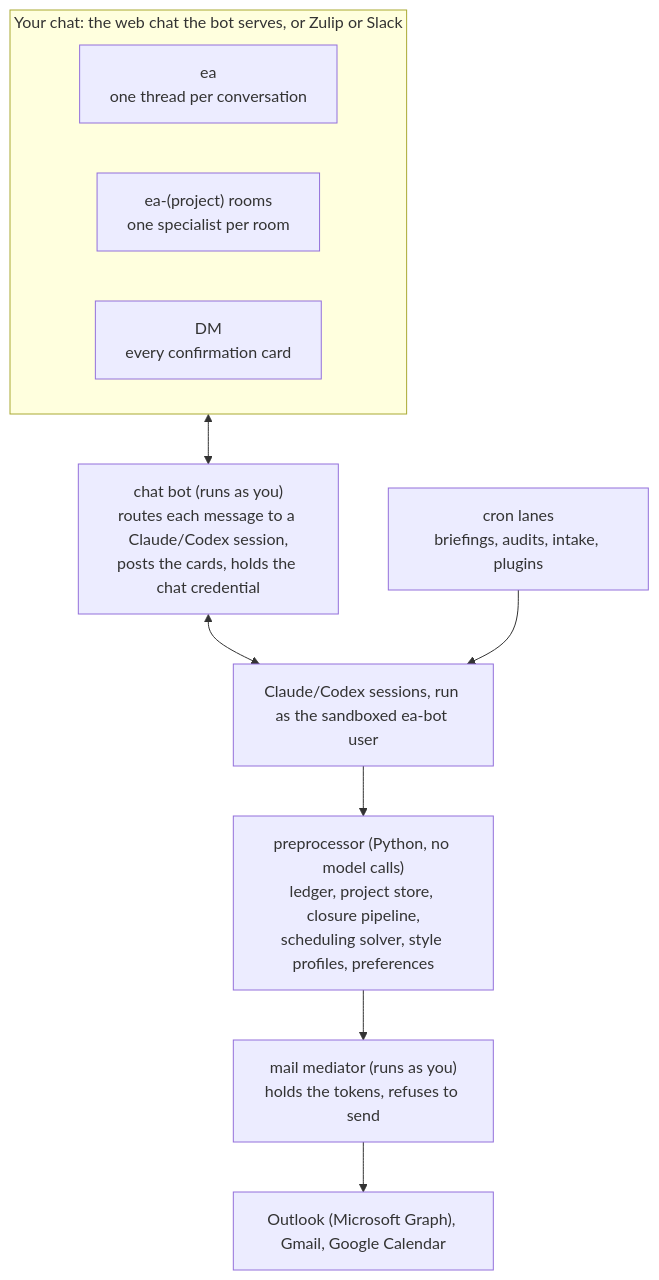
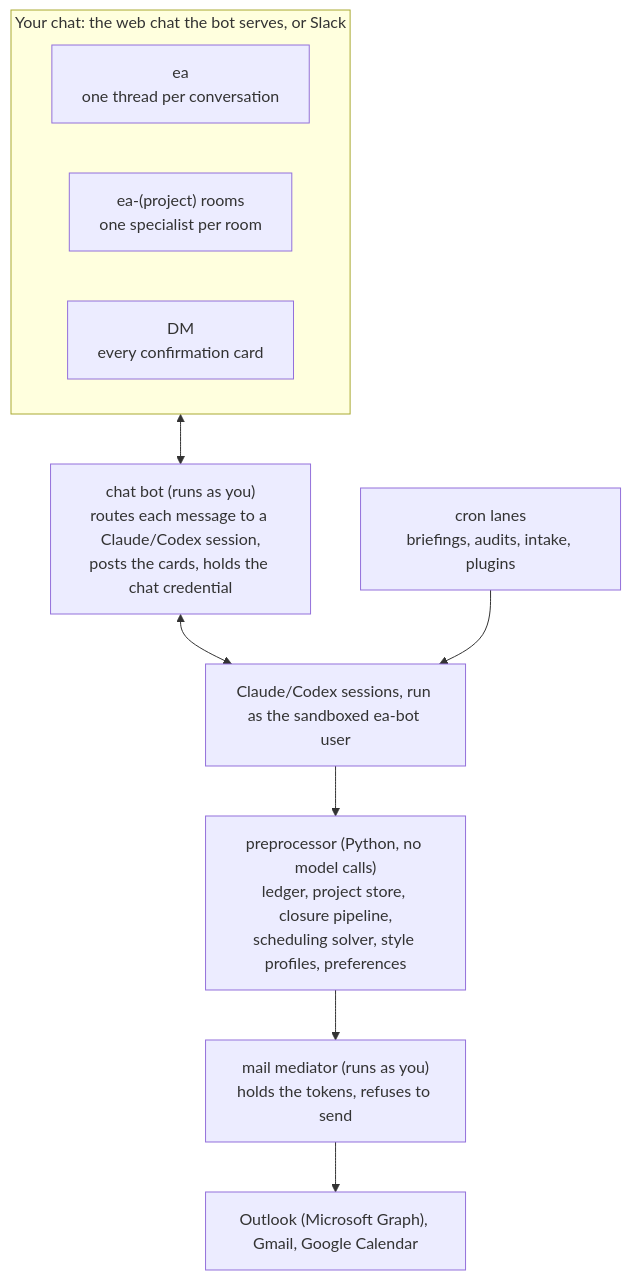
One commit to arpg/tacitus changed the second of 2 diagrams in README.md. Above: the diagram before and after it, drawn with Mermaid. The commit also changed other lines of this file and 220 other files, not shown here.

````diff
--- a/README.md
+++ b/README.md
@@ -215,21 +212,21 @@
 ```mermaid
 flowchart TB
-    subgraph chat["Your chat: the web chat the bot serves, or Zulip or Slack"]
+    subgraph chat["Your chat: the web chat the bot serves, or Slack"]
         direction LR
         ea["ea<br/>one thread per conversation"]
         rooms["ea-(project) rooms<br/>one specialist per room"]
         dm["DM<br/>every confirmation card"]
     end
     bot["chat bot (runs as you)<br/>routes each message to a Claude/Codex session,<br/>posts the cards, holds the chat credential"]
     sessions["Claude/Codex sessions, run as the sandboxed ea-bot user"]
     cron["cron lanes<br/>briefings, audits, intake, plugins"]
     pre["preprocessor (Python, no model calls)<br/>ledger, project store, closure pipeline,<br/>scheduling solver, style profiles, preferences"]
     med["mail mediator (runs as you)<br/>holds the tokens, refuses to send"]
     apis["Outlook (Microsoft Graph), Gmail, Google Calendar"]
     chat <--> bot
     bot <--> sessions
     cron --> sessions
     sessions --> pre
     pre --> med
     med --> apis
 ```
````
